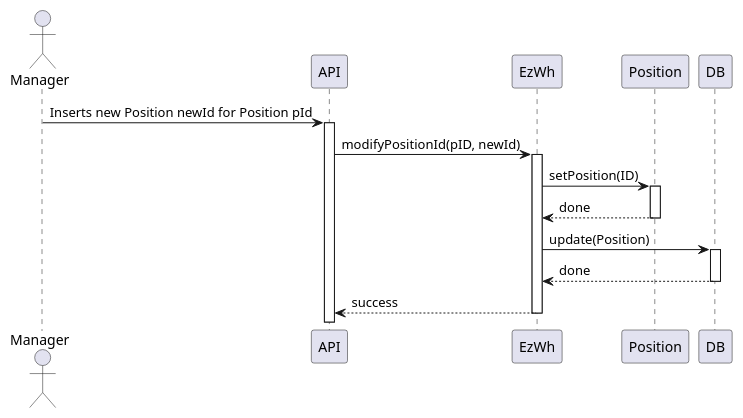
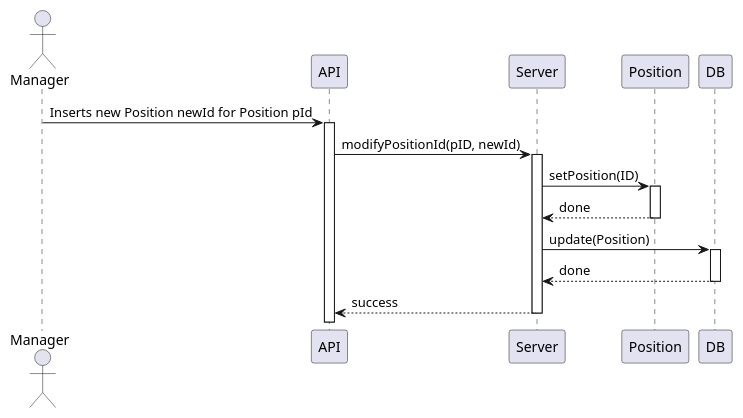
Before and after one commit to flaviociravegna/softeng-ezwh: the fifth of 10 diagrams in DesignDocument.md, drawn with PlantUML. The commit also changed other lines of this file, not shown here.

````diff
--- a/DesignDocument.md
+++ b/DesignDocument.md
@@ -475,14 +475,14 @@
 ```plantuml
 @startuml
 autoactivate on
 actor Manager
 Manager -> API : Inserts new Position newId for Position pId
-API -> EzWh : modifyPositionId(pID, newId)
-EzWh -> Position : setPosition(ID)
+API -> Server : modifyPositionId(pID, newId)
+Server -> Position : setPosition(ID)
 returndone
-EzWh -> DB : update(Position)
+Server -> DB : update(Position)
 return done
 
 return success
 @enduml
 ```
````
